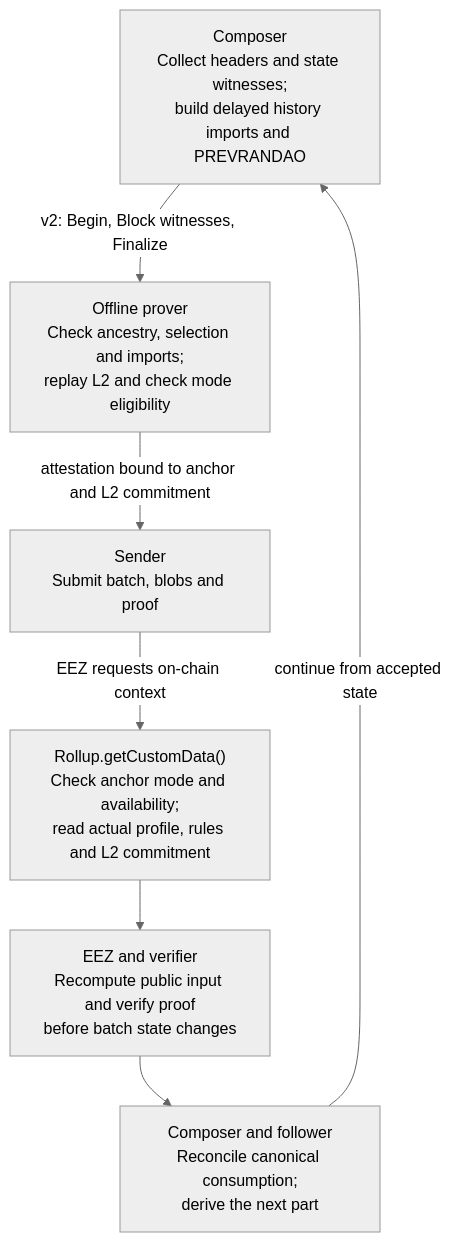
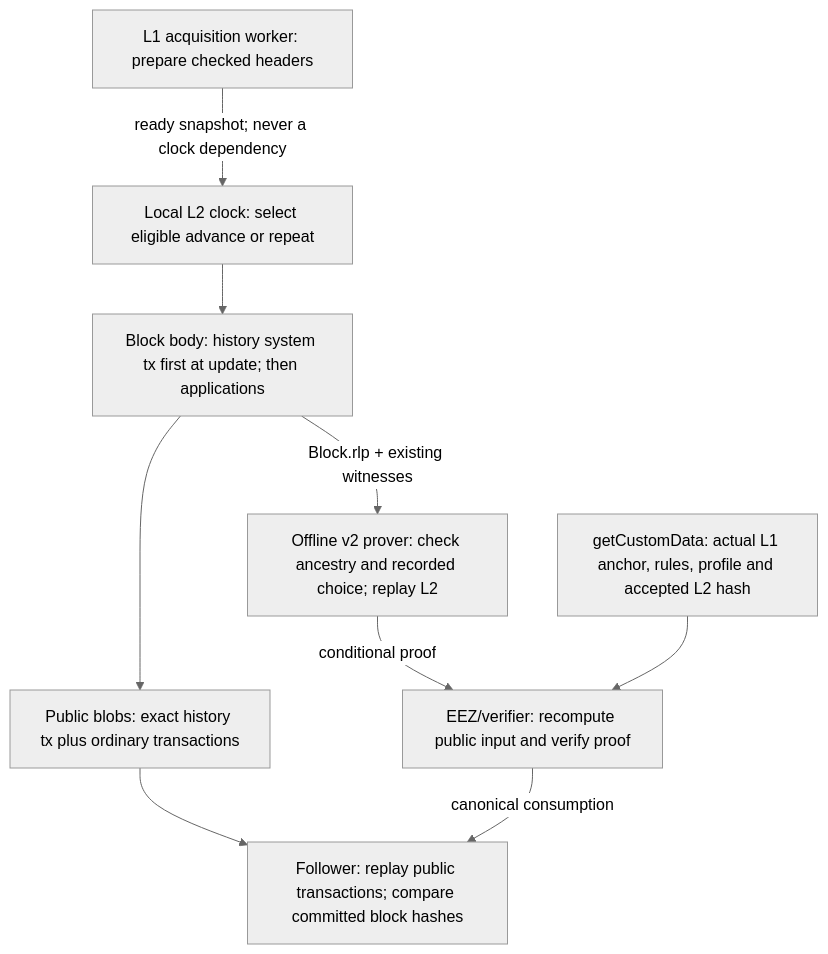
Before and after one commit to eez-association/eez-rollupX: the diagram in docs/proposals/l1-origin-and-offline-proving.md, drawn with Mermaid (neutral theme). The commit also changed other lines of this file and 375 other files, not shown here.

Commit message:
Integrate native-v1 history, fee treasury and offline proving

````diff
--- a/docs/proposals/l1-origin-and-offline-proving.md
+++ b/docs/proposals/l1-origin-and-offline-proving.md
@@ -230,16 +231,19 @@
 ```mermaid
 flowchart TD
-    C["Composer<br/>Collect headers and state witnesses;<br/>build delayed history imports and PREVRANDAO"]
-    P["Offline prover<br/>Check ancestry, selection and imports;<br/>replay L2 and check mode eligibility"]
-    S["Sender<br/>Submit batch, blobs and proof"]
-    G["Rollup.getCustomData()<br/>Check anchor mode and availability;<br/>read actual profile, rules and L2 commitment"]
-    V["EEZ and verifier<br/>Recompute public input and verify proof<br/>before batch state changes"]
-    R["Composer and follower<br/>Reconcile canonical consumption;<br/>derive the next part"]
-
-    C -->|"v2: Begin, Block witnesses, Finalize"| P
-    P -->|"attestation bound to anchor and L2 commitment"| S
-    S -->|"EEZ requests on-chain context"| G
+    L["L1 acquisition worker: prepare checked headers"]
+    C["Local L2 clock: select eligible advance or repeat"]
+    B["Block body: history system tx first at update; then applications"]
+    D["Public blobs: exact history tx plus ordinary transactions"]
+    P["Offline v2 prover: check ancestry and recorded choice; replay L2"]
+    G["getCustomData: actual L1 anchor, rules, profile and accepted L2 hash"]
+    V["EEZ/verifier: recompute public input and verify proof"]
+    F["Follower: replay public transactions; compare committed block hashes"]
+    L -->|"ready snapshot; never a clock dependency"| C
+    C --> B
+    B --> D
+    B -->|"Block.rlp + existing witnesses"| P
+    P -->|"conditional proof"| V
     G --> V
-    V --> R
-    R -->|"continue from accepted state"| C
+    D --> F
+    V -->|"canonical consumption"| F
 ```
````
